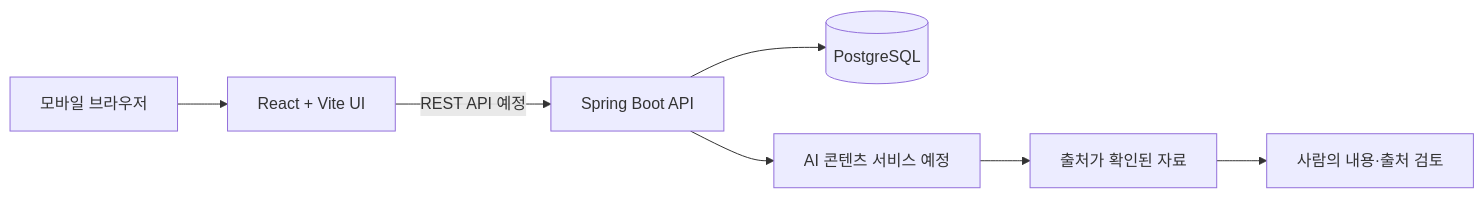
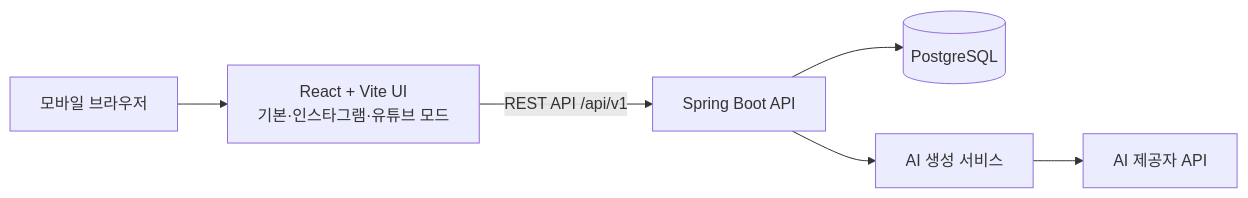
The diagram in README.md (dud1111122/DMU_3-2_AIproject_FE), drawn with Mermaid before and after one commit. The commit also changed other lines of this file and 2 other files, not shown here.

Commit message:
Update README for screen modes, API contract and mock account

````diff
--- a/README.md
+++ b/README.md
@@ -30,9 +39,8 @@
 ```mermaid
 flowchart LR
-  U[모바일 브라우저] --> FE[React + Vite UI]
-  FE -->|REST API 예정| BE[Spring Boot API]
+  U[모바일 브라우저] --> FE[React + Vite UI<br/>기본·인스타그램·유튜브 모드]
+  FE -->|REST API /api/v1| BE[Spring Boot API]
   BE --> DB[(PostgreSQL)]
-  BE --> AI[AI 콘텐츠 서비스 예정]
-  AI --> SRC[출처가 확인된 자료]
-  SRC --> REVIEW[사람의 내용·출처 검토]
+  BE --> AI[AI 생성 서비스]
+  AI --> LLM[AI 제공자 API]
 ```
````
